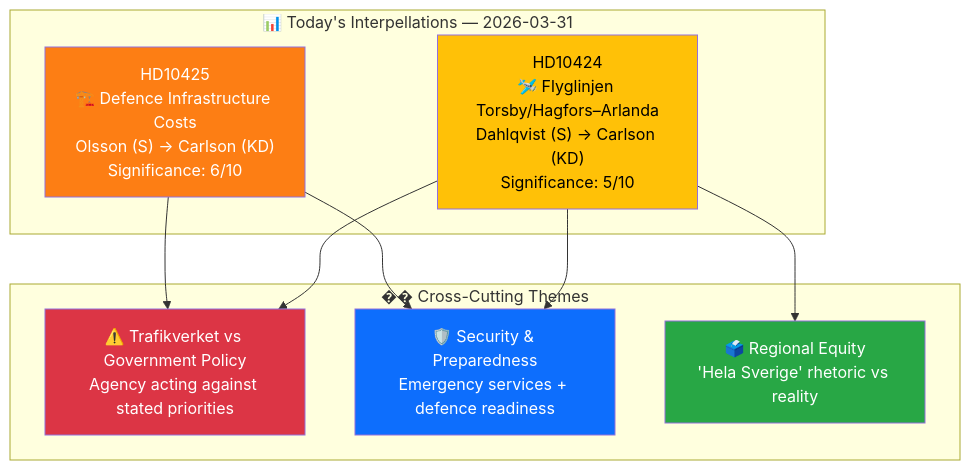
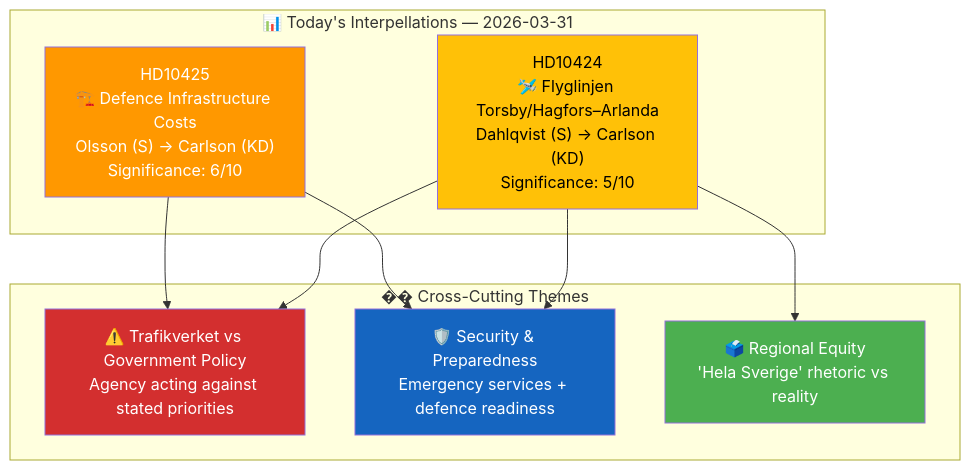
One commit to Hack23/riksdagsmonitor changed the diagram in analysis/daily/2026-03-31/interpellations/synthesis-summary.md. Above: the diagram before and after it, drawn with Mermaid. The commit also changed 785 other files, not shown here.

First line of the commit message:
Normalize mermaid colors across 786 analysis artifacts to ISMS Style Guide palette

````diff
--- a/analysis/daily/2026-03-31/interpellations/synthesis-summary.md
+++ b/analysis/daily/2026-03-31/interpellations/synthesis-summary.md
@@ -19,25 +19,25 @@
 ```mermaid
 graph TD
     subgraph "📊 Today's Interpellations — 2026-03-31"
         HD10424["HD10424<br/>🛩️ Flyglinjen Torsby/Hagfors–Arlanda<br/>Dahlqvist (S) → Carlson (KD)<br/>Significance: 5/10"]
         HD10425["HD10425<br/>🏗️ Defence Infrastructure Costs<br/>Olsson (S) → Carlson (KD)<br/>Significance: 6/10"]
     end
 
     subgraph "�� Cross-Cutting Themes"
         T1["⚠️ Trafikverket vs Government Policy<br/>Agency acting against stated priorities"]
         T2["🛡️ Security & Preparedness<br/>Emergency services + defence readiness"]
         T3["🗳️ Regional Equity<br/>'Hela Sverige' rhetoric vs reality"]
     end
 
     HD10424 --> T1
     HD10424 --> T2
     HD10424 --> T3
     HD10425 --> T1
     HD10425 --> T2
 
-    style HD10424 fill:#ffc107,color:#000
-    style HD10425 fill:#fd7e14,color:#fff
-    style T1 fill:#dc3545,color:#fff
-    style T2 fill:#0d6efd,color:#fff
-    style T3 fill:#28a745,color:#fff
+    style HD10424 fill:#FFC107,color:#000000
+    style HD10425 fill:#FF9800,color:#FFFFFF
+    style T1 fill:#D32F2F,color:#FFFFFF
+    style T2 fill:#1565C0,color:#FFFFFF
+    style T3 fill:#4CAF50,color:#FFFFFF
 ```
````
